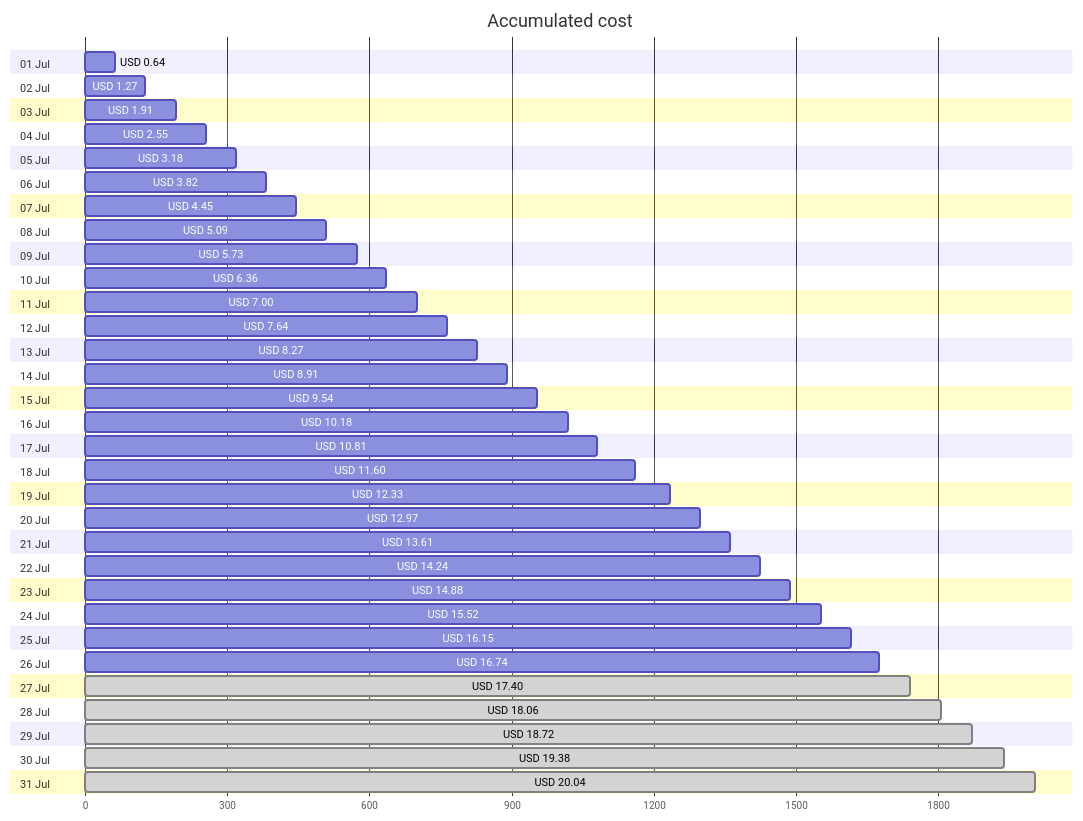
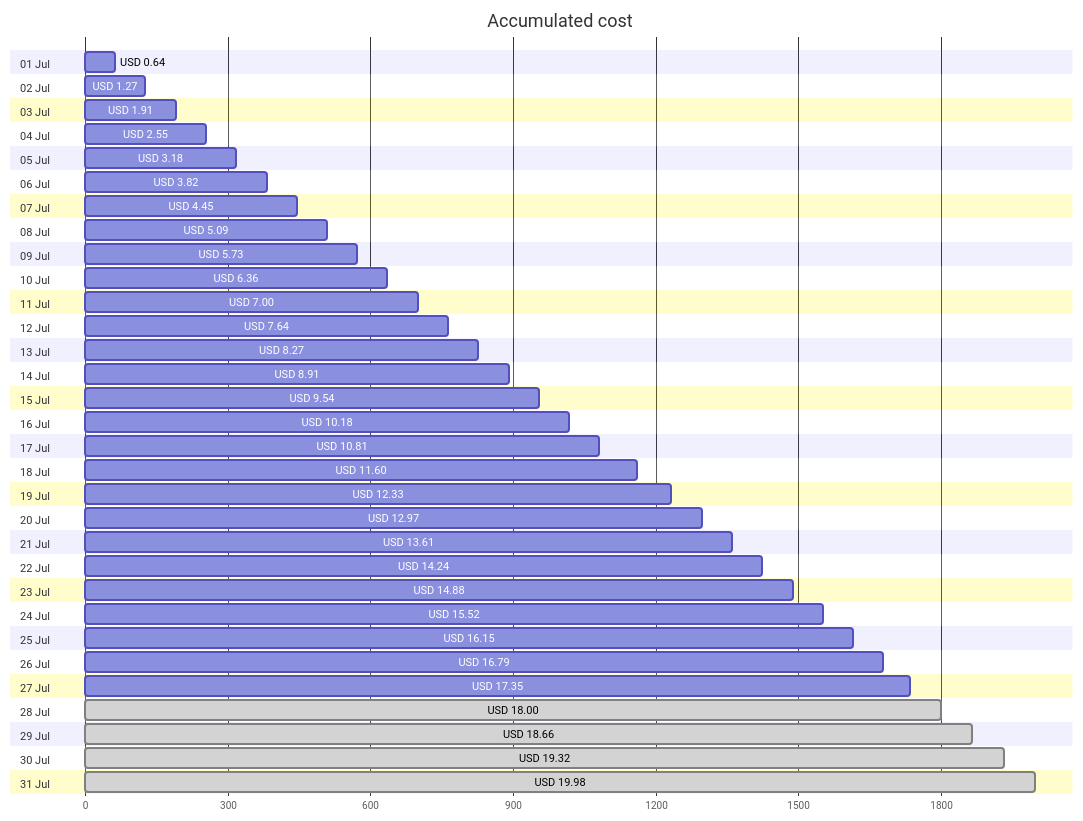
One commit to jpfulton/azure-personal-reports changed the first of 4 diagrams in cost-reports/accumulated-cost.md. Above: the diagram before and after it, drawn with Mermaid. The commit also changed other lines of this file and 4 other files, not shown here.

````diff
--- a/cost-reports/accumulated-cost.md
+++ b/cost-reports/accumulated-cost.md
@@ -20,68 +20,68 @@
 ```mermaid
 gantt
    title Accumulated cost
    dateFormat  X
    axisFormat %s
    section 01 Jul
    USD 0.64 :0, 64
    section 02 Jul
    USD 1.27 :0, 127
    section 03 Jul
    USD 1.91 :0, 191
    section 04 Jul
    USD 2.55 :0, 255
    section 05 Jul
    USD 3.18 :0, 318
    section 06 Jul
    USD 3.82 :0, 382
    section 07 Jul
    USD 4.45 :0, 445
    section 08 Jul
    USD 5.09 :0, 509
    section 09 Jul
    USD 5.73 :0, 573
    section 10 Jul
    USD 6.36 :0, 636
    section 11 Jul
    USD 7.00 :0, 700
    section 12 Jul
    USD 7.64 :0, 764
    section 13 Jul
    USD 8.27 :0, 827
    section 14 Jul
    USD 8.91 :0, 891
    section 15 Jul
    USD 9.54 :0, 954
    section 16 Jul
    USD 10.18 :0, 1018
    section 17 Jul
    USD 10.81 :0, 1081
    section 18 Jul
    USD 11.60 :0, 1160
    section 19 Jul
    USD 12.33 :0, 1233
    section 20 Jul
    USD 12.97 :0, 1297
    section 21 Jul
    USD 13.61 :0, 1361
    section 22 Jul
    USD 14.24 :0, 1424
    section 23 Jul
    USD 14.88 :0, 1488
    section 24 Jul
    USD 15.52 :0, 1552
    section 25 Jul
    USD 16.15 :0, 1615
    section 26 Jul
-   USD 16.74 :0, 1674
+   USD 16.79 :0, 1679
    section 27 Jul
-   USD 17.40 : done, 0, 1740
+   USD 17.35 :0, 1735
    section 28 Jul
-   USD 18.06 : done, 0, 1806
+   USD 18.00 : done, 0, 1800
    section 29 Jul
-   USD 18.72 : done, 0, 1872
+   USD 18.66 : done, 0, 1866
    section 30 Jul
-   USD 19.38 : done, 0, 1938
+   USD 19.32 : done, 0, 1932
    section 31 Jul
-   USD 20.04 : done, 0, 2004
+   USD 19.98 : done, 0, 1998
 ```
````
